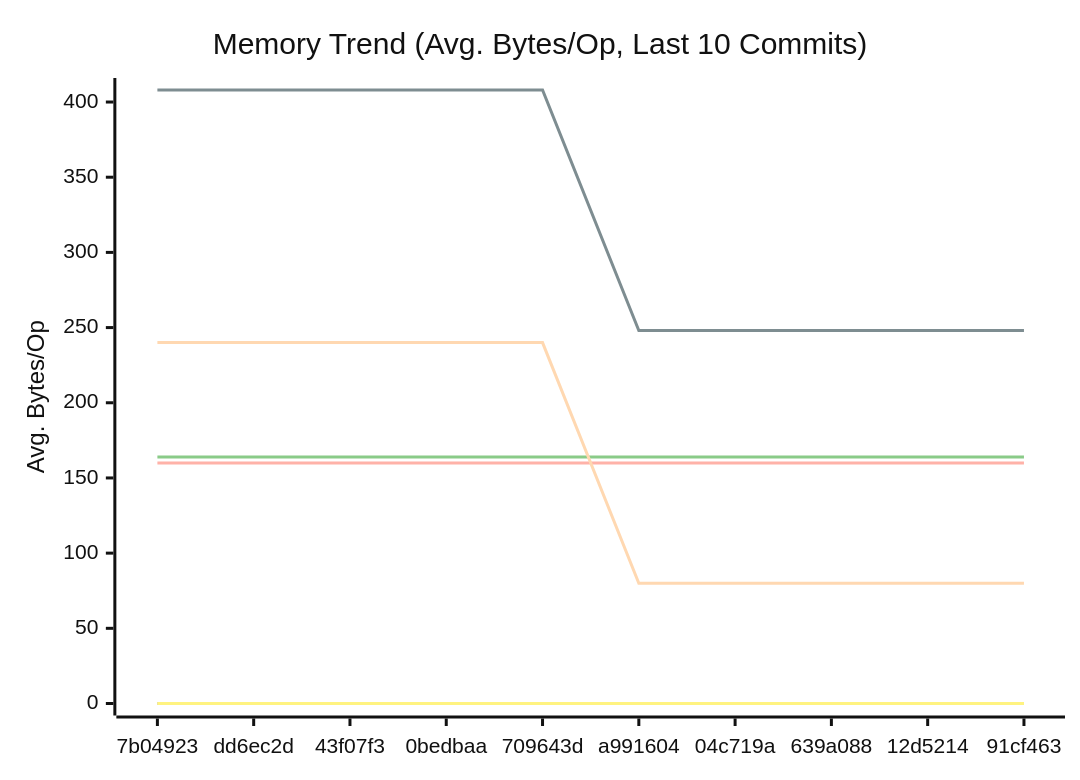
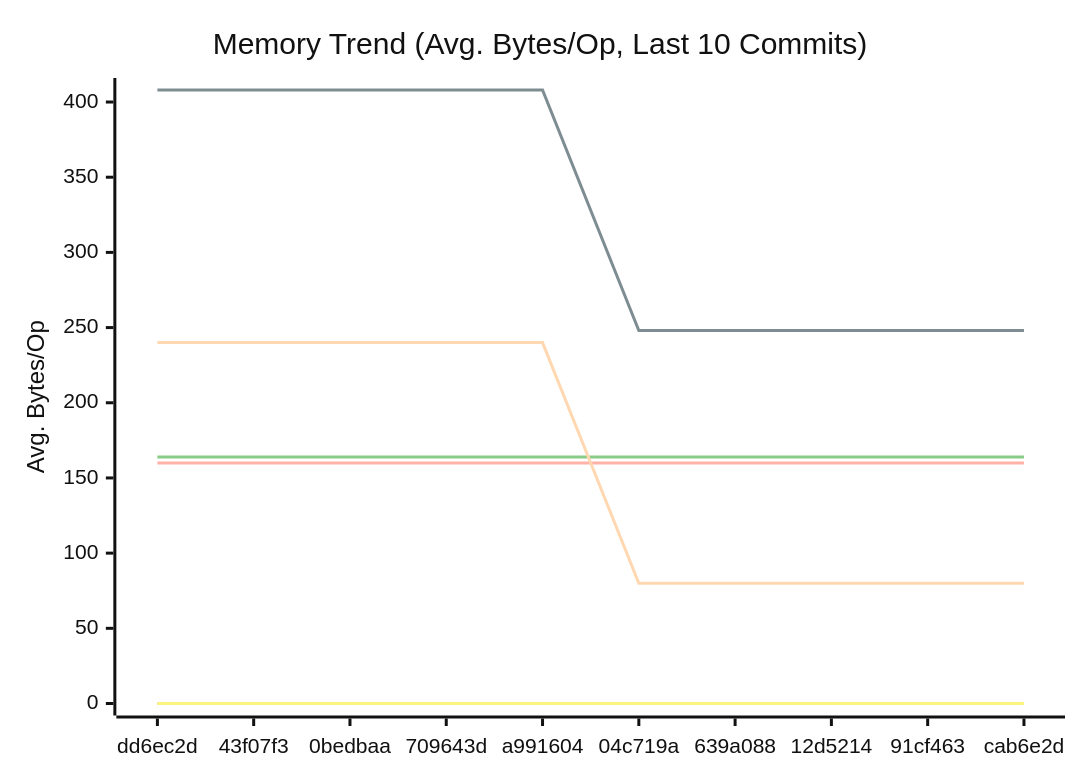
Before and after one commit to alsotoes/momo: the second of 3 diagrams in docs/PERFORMANCE.md, drawn with Mermaid (neutral theme). The commit also changed other lines of this file and 2 other files, not shown here.

````diff
--- a/docs/PERFORMANCE.md
+++ b/docs/PERFORMANCE.md
@@ -97,16 +97,16 @@
 ```mermaid
 xychart-beta
     title "Memory Trend (Avg. Bytes/Op, Last 10 Commits)"
     x-axis "Commit"
     y-axis "Avg. Bytes/Op"
-    x-axis [7b04923,dd6ec2d,43f07f3,0bedbaa,709643d,a991604,04c719a,639a088,12d5214,91cf463]
+    x-axis [dd6ec2d,43f07f3,0bedbaa,709643d,a991604,04c719a,639a088,12d5214,91cf463,cab6e2d]
     line "CheckMetricsAndSwap" [0,0,0,0,0,0,0,0,0,0]
     line "CrushOptimized" [0,0,0,0,0,0,0,0,0,0]
     line "CrushOriginal" [164,164,164,164,164,164,164,164,164,164]
     line "IndexDirectTracking" [0,0,0,0,0,0,0,0,0,0]
     line "IndexSearch" [0,0,0,0,0,0,0,0,0,0]
     line "LoadGlobalConfig" [160,160,160,160,160,160,160,160,160,160]
     line "PadString" [0,0,0,0,0,0,0,0,0,0]
     line "ParseReplicationOrder_NoPrealloc" [408,408,408,408,408,248,248,248,248,248]
     line "ParseReplicationOrder_Prealloc" [240,240,240,240,240,80,80,80,80,80]
 ```
````
